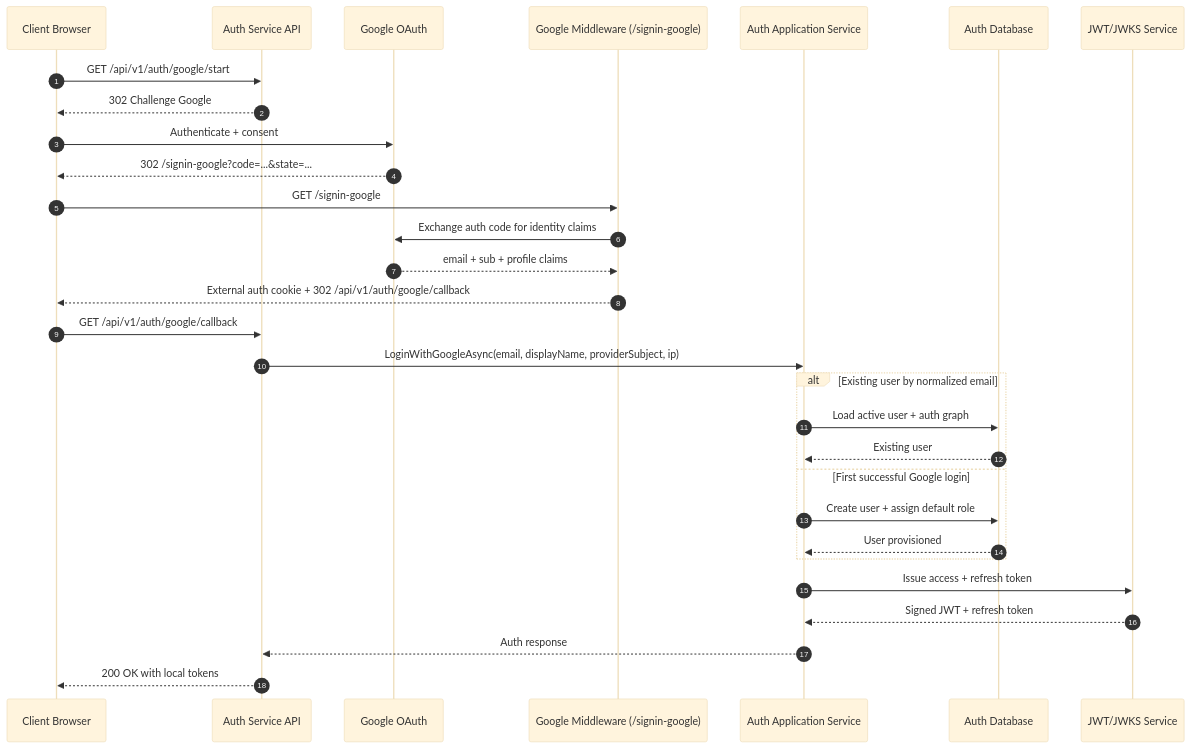
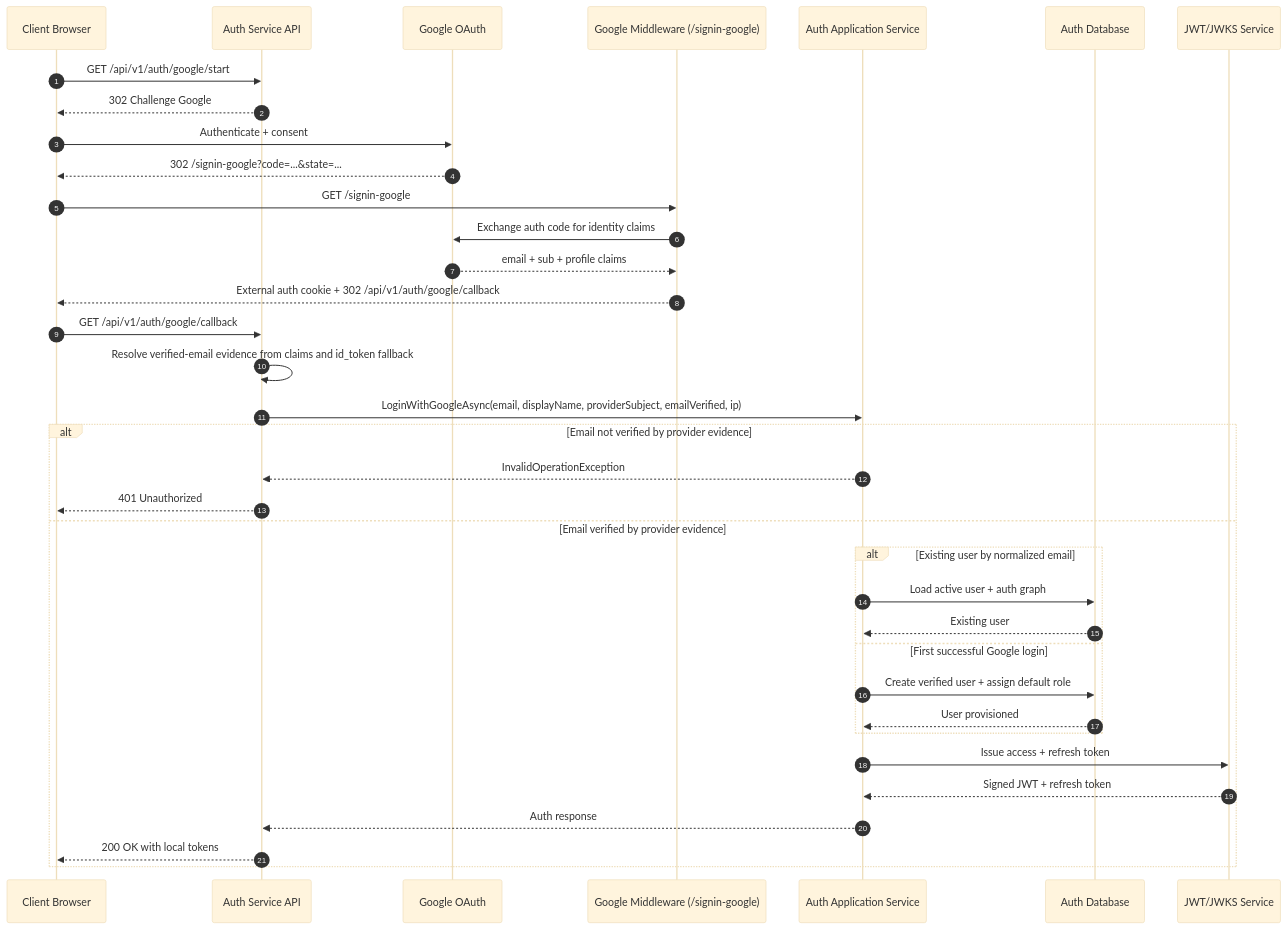
Before and after one commit to haudtech/vehicle-service-booking: the second of 6 diagrams in docs/ARCHITECTURE/AUTH_SEQUENTIAL_FLOW_VIEW.md, drawn with Mermaid (base theme). The commit also changed other lines of this file and 67 other files, not shown here.

````diff
--- a/docs/ARCHITECTURE/AUTH_SEQUENTIAL_FLOW_VIEW.md
+++ b/docs/ARCHITECTURE/AUTH_SEQUENTIAL_FLOW_VIEW.md
@@ -38,38 +54,45 @@
 ```mermaid
 sequenceDiagram
     autonumber
     participant Browser as Client Browser
     participant AuthAPI as Auth Service API
     participant Google as Google OAuth
     participant GoogleMW as Google Middleware (/signin-google)
     participant AuthApp as Auth Application Service
     participant AuthDB as Auth Database
     participant Token as JWT/JWKS Service
 
     Browser->>AuthAPI: GET /api/v1/auth/google/start
     AuthAPI-->>Browser: 302 Challenge Google
 
     Browser->>Google: Authenticate + consent
     Google-->>Browser: 302 /signin-google?code=...&state=...
 
     Browser->>GoogleMW: GET /signin-google
     GoogleMW->>Google: Exchange auth code for identity claims
     Google-->>GoogleMW: email + sub + profile claims
     GoogleMW-->>Browser: External auth cookie + 302 /api/v1/auth/google/callback
 
     Browser->>AuthAPI: GET /api/v1/auth/google/callback
-    AuthAPI->>AuthApp: LoginWithGoogleAsync(email, displayName, providerSubject, ip)
+    AuthAPI->>AuthAPI: Resolve verified-email evidence from claims and id_token fallback
+    AuthAPI->>AuthApp: LoginWithGoogleAsync(email, displayName, providerSubject, emailVerified, ip)
 
-    alt Existing user by normalized email
-        AuthApp->>AuthDB: Load active user + auth graph
-        AuthDB-->>AuthApp: Existing user
-    else First successful Google login
-        AuthApp->>AuthDB: Create user + assign default role
-        AuthDB-->>AuthApp: User provisioned
+    alt Email not verified by provider evidence
+        AuthApp-->>AuthAPI: InvalidOperationException
+        AuthAPI-->>Browser: 401 Unauthorized
+    else Email verified by provider evidence
+
+        alt Existing user by normalized email
+            AuthApp->>AuthDB: Load active user + auth graph
+            AuthDB-->>AuthApp: Existing user
+        else First successful Google login
+            AuthApp->>AuthDB: Create verified user + assign default role
+            AuthDB-->>AuthApp: User provisioned
+        end
+
+        AuthApp->>Token: Issue access + refresh token
+        Token-->>AuthApp: Signed JWT + refresh token
+        AuthApp-->>AuthAPI: Auth response
+        AuthAPI-->>Browser: 200 OK with local tokens
     end
-
-    AuthApp->>Token: Issue access + refresh token
-    Token-->>AuthApp: Signed JWT + refresh token
-    AuthApp-->>AuthAPI: Auth response
-    AuthAPI-->>Browser: 200 OK with local tokens
 ```
````
